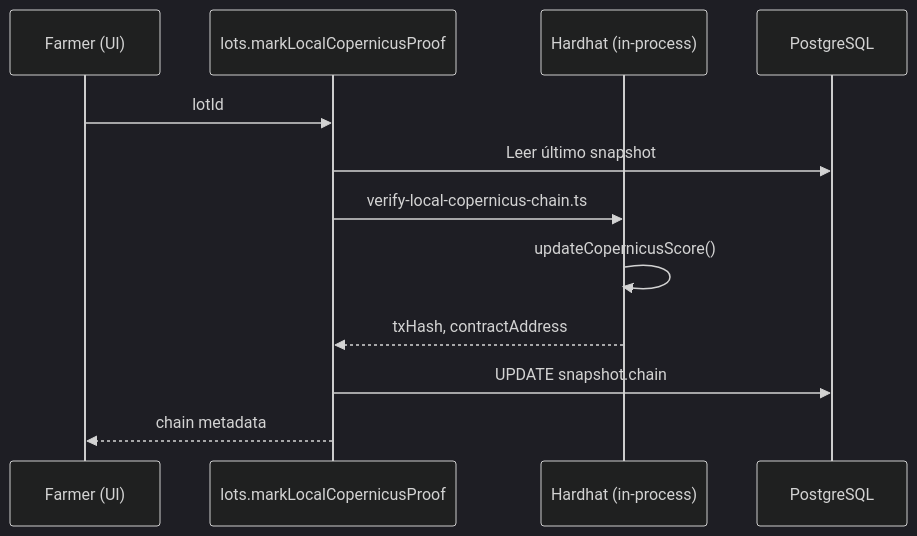
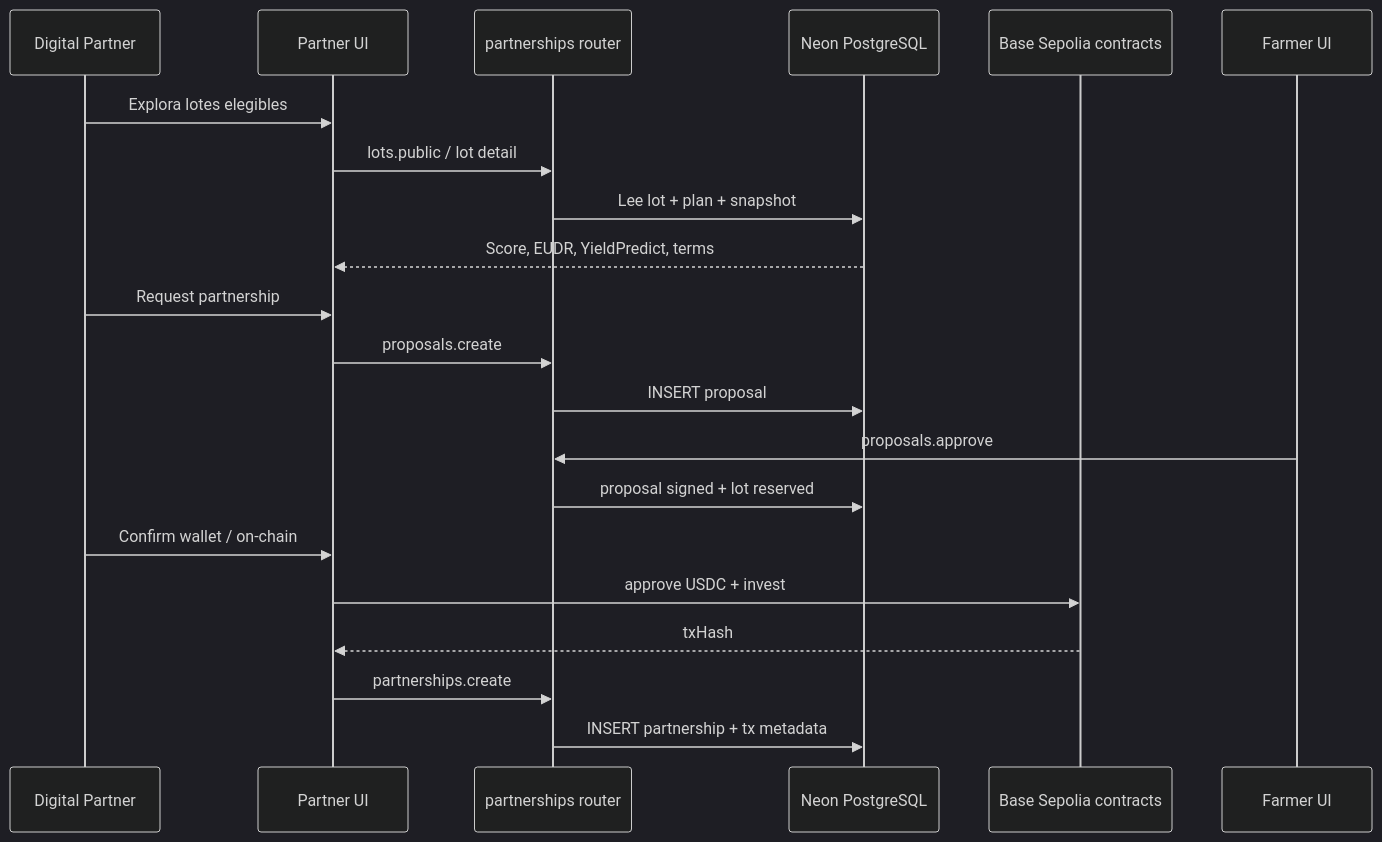
The fourth of 8 diagrams in .docs/02-arquitectura.md (javierp06/harvverse-copernicus-hackathon), drawn with Mermaid (dark theme) before and after one commit. The commit also changed other lines of this file, not shown here.

Commit message:
Document Harvverse Sentinel architecture

````diff
--- a/.docs/02-arquitectura.md
+++ b/.docs/02-arquitectura.md
@@ -112,15 +193,24 @@
 ```mermaid
 sequenceDiagram
-    participant F as Farmer (UI)
-    participant API as lots.markLocalCopernicusProof
-    participant HH as Hardhat (in-process)
-    participant DB as PostgreSQL
+  participant P as Digital Partner
+  participant UI as Partner UI
+  participant API as partnerships router
+  participant DB as Neon PostgreSQL
+  participant Chain as Base Sepolia contracts
+  participant Farmer as Farmer UI
 
-    F->>API: lotId
-    API->>DB: Leer último snapshot
-    API->>HH: verify-local-copernicus-chain.ts
-    HH->>HH: updateCopernicusScore()
-    HH-->>API: txHash, contractAddress
-    API->>DB: UPDATE snapshot.chain
-    API-->>F: chain metadata
+  P->>UI: Explora lotes elegibles
+  UI->>API: lots.public / lot detail
+  API->>DB: Lee lot + plan + snapshot
+  DB-->>UI: Score, EUDR, YieldPredict, terms
+  P->>UI: Request partnership
+  UI->>API: proposals.create
+  API->>DB: INSERT proposal
+  Farmer->>API: proposals.approve
+  API->>DB: proposal signed + lot reserved
+  P->>UI: Confirm wallet / on-chain
+  UI->>Chain: approve USDC + invest
+  Chain-->>UI: txHash
+  UI->>API: partnerships.create
+  API->>DB: INSERT partnership + tx metadata
 ```
````
